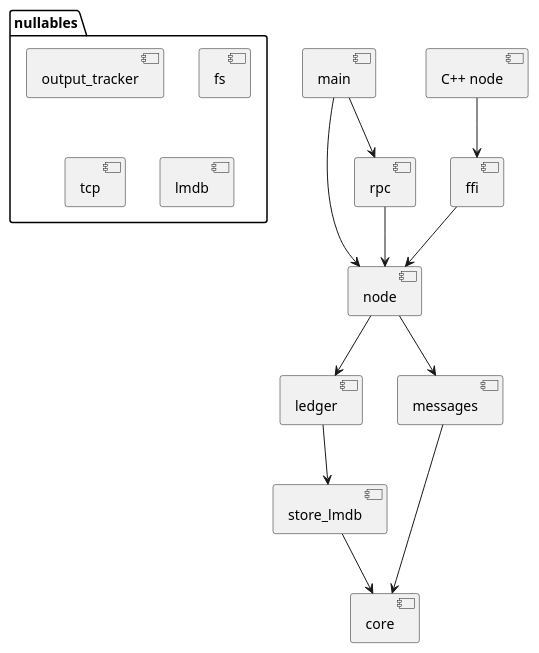
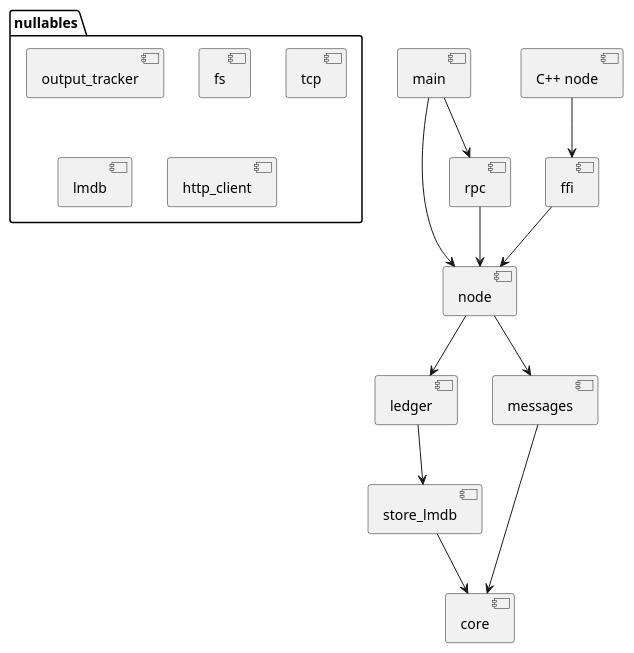
One commit to stjet/rsban-node changed the diagram in rust/doc/crates.puml. Above: the diagram before and after it, drawn with PlantUML. The commit also changed 7 other files, not shown here.

Commit message:
Extract crate rsnano_nullable_http_client

```diff
--- a/rust/doc/crates.puml
+++ b/rust/doc/crates.puml
@@ -1,32 +1,33 @@
 @startuml "Split crates"
 
 [nullables]
 [core]
 [ledger]
 [store_lmdb]
 [messages]
 [node]
 [main]
 [rpc]
 [ffi]
 [C++ node]
 
 folder "nullables"{
 [output_tracker]
 [fs]
 [tcp]
 [lmdb]
+[http_client]
 }
 
 [C++ node] --> [ffi]
 [main] --> [node]
 [main] --> [rpc]
 [rpc] --> [node]
 [node] --> [ledger]
 [node] --> [messages]
 [messages] --> [core]
 [ledger] --> [store_lmdb]
 [store_lmdb] --> [core]
 [ffi] --> [node]
 
 @enduml
```
